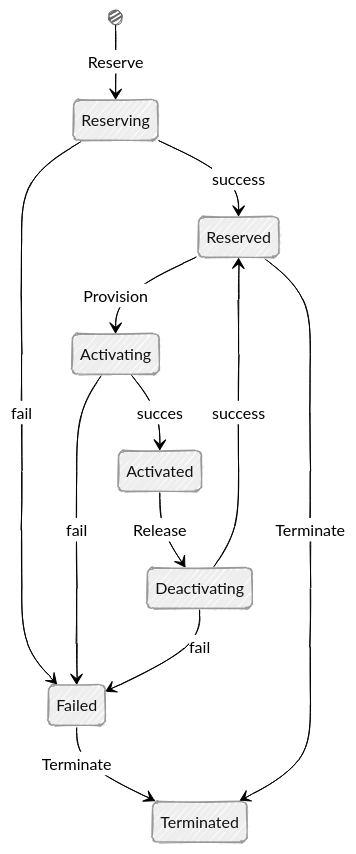
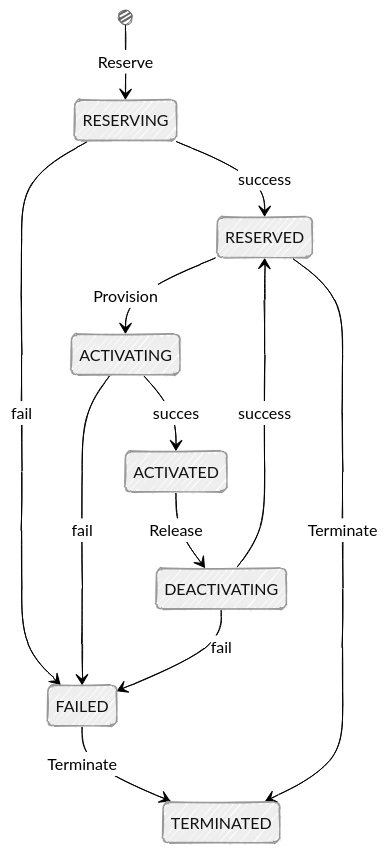
One commit to workfloworchestrator/nsi-aggregator-proxy changed the diagram in README.md. Above: the diagram before and after it, drawn with Mermaid. The commit also changed other lines of this file and 1 other file, not shown here.

````diff
--- a/README.md
+++ b/README.md
@@ -5,18 +14,18 @@
 ```mermaid
 %%{init: {"look": "handDrawn", "theme": "neutral"}}%%
 stateDiagram-v2
-    [*] --> Reserving : Reserve
-    state Reserving <<choice>>
-    Reserving --> Reserved : success
-    Reserving --> Failed : fail
-    Failed --> Terminated : Terminate
-    Reserved --> Activating : Provision
-    state Activating <<choice>>
-    Activating --> Activated : succes
-    Activating --> Failed : fail
-    Activated --> Deactivating : Release
-    state Deactivating <<choice>>
-    Deactivating --> Reserved : success
-    Deactivating --> Failed : fail
-    Reserved --> Terminated : Terminate
-```
+    [*] --> RESERVING : Reserve
+    state RESERVING <<choice>>
+    RESERVING --> RESERVED : success
+    RESERVING --> FAILED : fail
+    FAILED --> TERMINATED : Terminate
+    RESERVED --> ACTIVATING : Provision
+    state ACTIVATING <<choice>>
+    ACTIVATING --> ACTIVATED : succes
+    ACTIVATING --> FAILED : fail
+    ACTIVATED --> DEACTIVATING : Release
+    state DEACTIVATING <<choice>>
+    DEACTIVATING --> RESERVED : success
+    DEACTIVATING --> FAILED : fail
+    RESERVED --> TERMINATED : Terminate
+``` 
````
